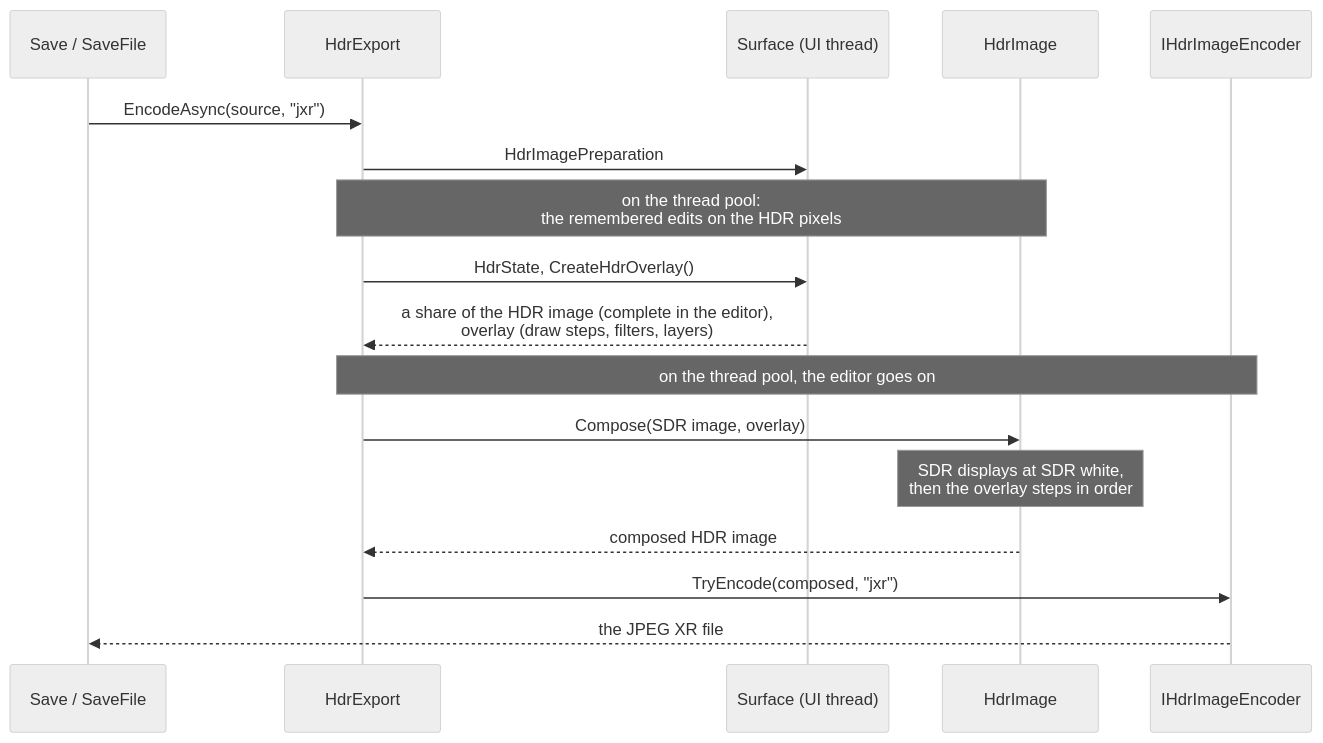
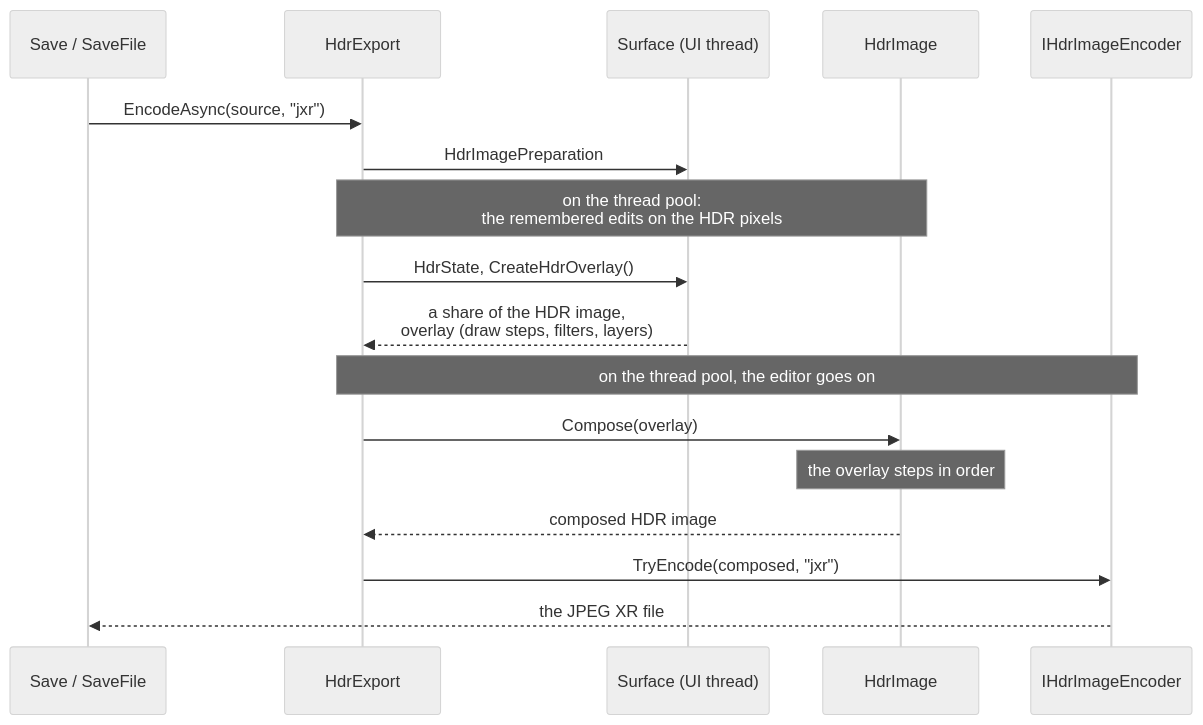
One commit to greenshot/greenshot changed the second of 3 diagrams in docs/vNext/hdr.md. Above: the diagram before and after it, drawn with Mermaid (neutral theme). The commit also changed other lines of this file and 12 other files, not shown here.

First line of the commit message:
Join the HDR and SDR parts into one HDR image at capture

````diff
--- a/docs/vNext/hdr.md
+++ b/docs/vNext/hdr.md
@@ -135,19 +139,19 @@
 ```mermaid
 sequenceDiagram
     participant Save as Save / SaveFile
     participant Export as HdrExport
     participant Surface as Surface (UI thread)
     participant Hdr as HdrImage
     participant Wic as IHdrImageEncoder
     Save->>Export: EncodeAsync(source, "jxr")
     Export->>Surface: HdrImagePreparation
     Note over Export,Hdr: on the thread pool:<br/>the remembered edits on the HDR pixels
     Export->>Surface: HdrState, CreateHdrOverlay()
-    Surface-->>Export: a share of the HDR image (complete in the editor),<br/>overlay (draw steps, filters, layers)
+    Surface-->>Export: a share of the HDR image,<br/>overlay (draw steps, filters, layers)
     Note over Export,Wic: on the thread pool, the editor goes on
-    Export->>Hdr: Compose(SDR image, overlay)
-    Note over Hdr: SDR displays at SDR white,<br/>then the overlay steps in order
+    Export->>Hdr: Compose(overlay)
+    Note over Hdr: the overlay steps in order
     Hdr-->>Export: composed HDR image
     Export->>Wic: TryEncode(composed, "jxr")
     Wic-->>Save: the JPEG XR file
 ```
````
